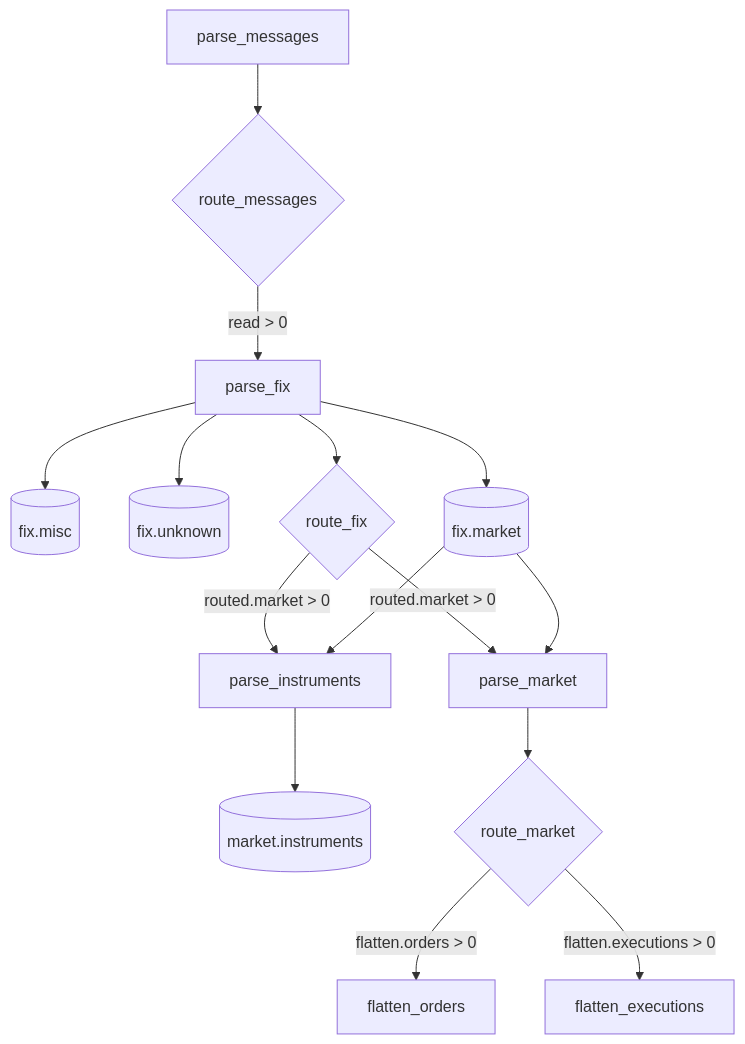
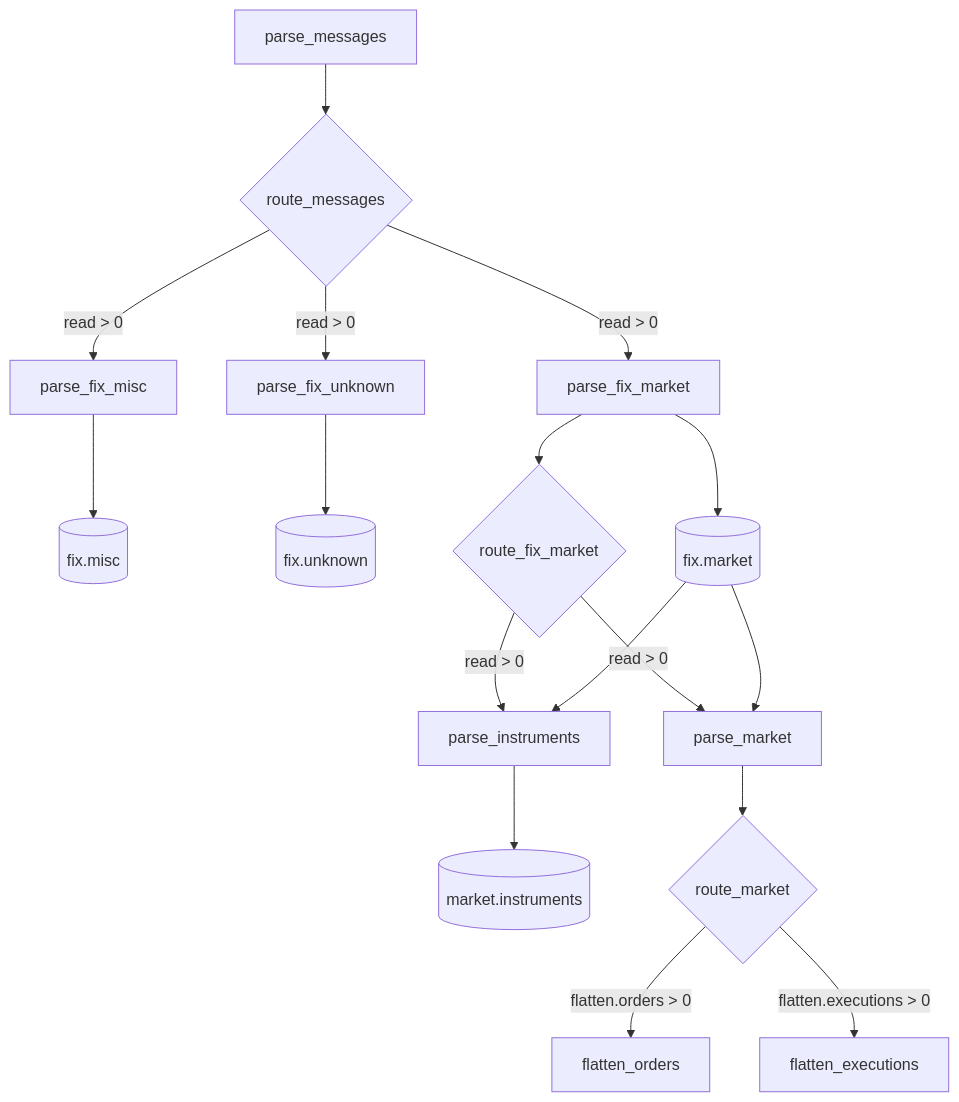
Before and after one commit to Platob/yggfin: the diagram in docs/pipeline/operations/airflow.md, drawn with Mermaid. The commit also changed other lines of this file and 56 other files, not shown here.

````diff
--- a/docs/pipeline/operations/airflow.md
+++ b/docs/pipeline/operations/airflow.md
@@ -23,17 +23,19 @@
 ```mermaid
 flowchart TD
     PM[parse_messages] --> RM{route_messages}
-    RM -->|read > 0| PF[parse_fix]
-    PF --> XM[(fix.misc)]
-    PF --> XU[(fix.unknown)]
-    PF --> FM[(fix.market)]
-    PF --> RF{route_fix}
-    RF -->|routed.market > 0| PI[parse_instruments]
-    RF -->|routed.market > 0| PK[parse_market]
+    RM -->|read > 0| PFM[parse_fix_market]
+    RM -->|read > 0| PFX[parse_fix_misc]
+    RM -->|read > 0| PFU[parse_fix_unknown]
+    PFX --> XM[(fix.misc)]
+    PFU --> XU[(fix.unknown)]
+    PFM --> FM[(fix.market)]
+    PFM --> RF{route_fix_market}
+    RF -->|read > 0| PI[parse_instruments]
+    RF -->|read > 0| PK[parse_market]
     FM --> PI
     FM --> PK
     PI --> IM[(market.instruments)]
     PK --> RK{route_market}
     RK -->|flatten.orders > 0| FO[flatten_orders]
     RK -->|flatten.executions > 0| FE[flatten_executions]
 ```
````
